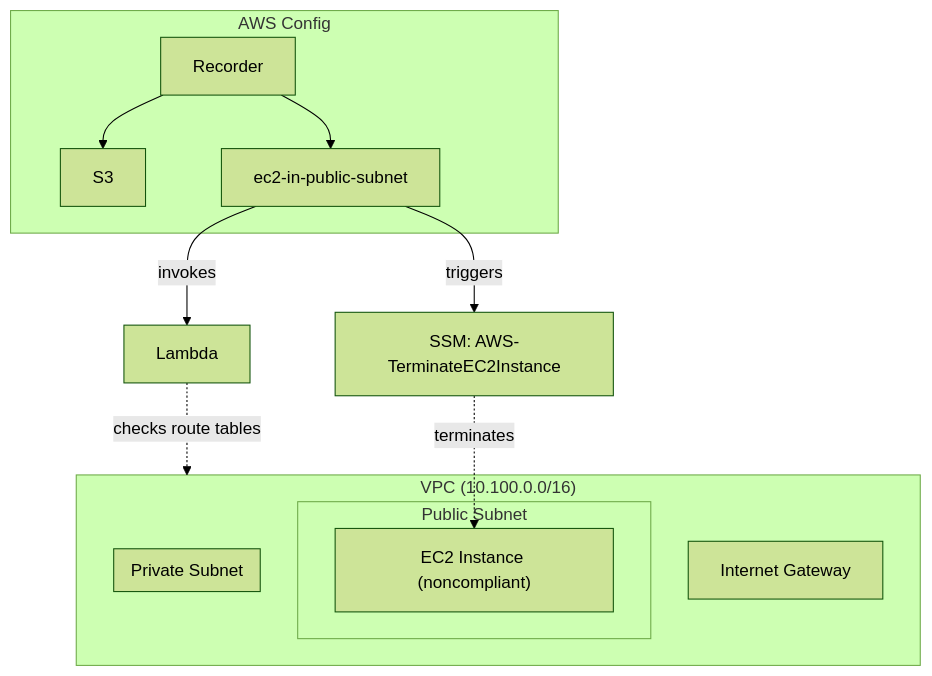
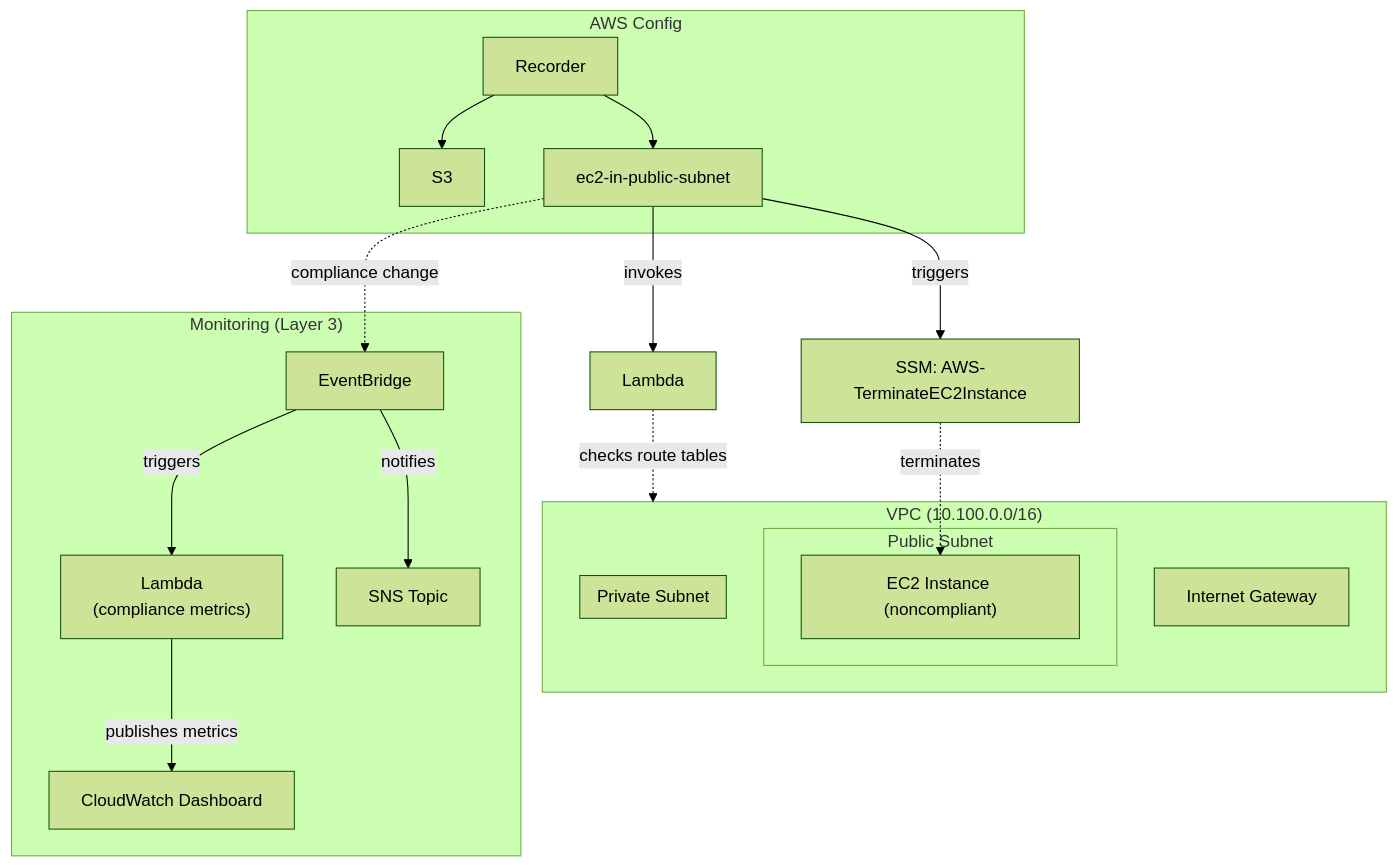
Before and after one commit to prasitstk/aws-security-hardening-labs: the diagram in labs/03-ssm-automation-ec2-remediation/README.md, drawn with Mermaid (forest theme). The commit also changed other lines of this file and 34 other files, not shown here.

````diff
--- a/labs/03-ssm-automation-ec2-remediation/README.md
+++ b/labs/03-ssm-automation-ec2-remediation/README.md
@@ -14,21 +14,32 @@
 ```mermaid
 flowchart TB
     subgraph VPC["VPC (10.100.0.0/16)"]
         subgraph Public["Public Subnet"]
             EC2_Test["EC2 Instance (noncompliant)"]
         end
         subgraph Private["Private Subnet"]
         end
         IGW["Internet Gateway"]
     end
 
     subgraph Config["AWS Config"]
         Recorder --> S3
         Recorder --> Rule["ec2-in-public-subnet"]
     end
 
+    subgraph Monitoring["Monitoring (Layer 3)"]
+        EB["EventBridge"]
+        MetricsLambda["Lambda\n(compliance metrics)"]
+        CW["CloudWatch Dashboard"]
+        SNS["SNS Topic"]
+    end
+
     Rule -->|invokes| Lambda
     Lambda -.->|checks route tables| VPC
     Rule -->|triggers| SSM["SSM: AWS-TerminateEC2Instance"]
     SSM -.->|terminates| EC2_Test
+    Rule -.->|compliance change| EB
+    EB -->|triggers| MetricsLambda
+    MetricsLambda -->|publishes metrics| CW
+    EB -->|notifies| SNS
 ```
````
